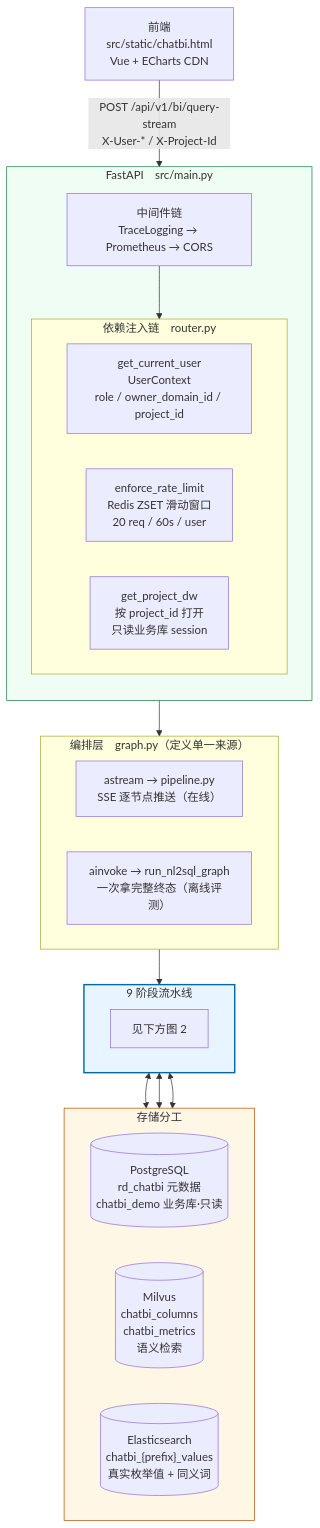
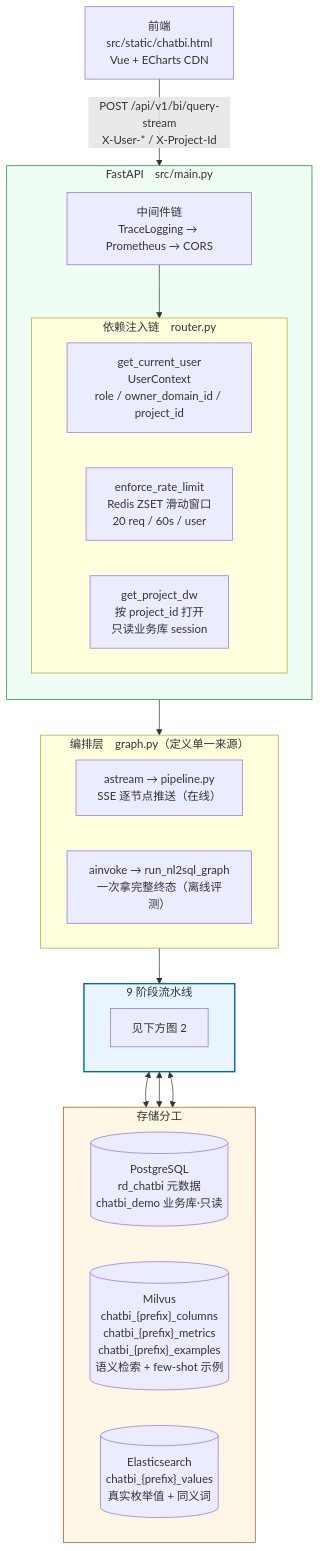
One commit to FCJ001/Rd-ChatBi changed the second of 5 diagrams in INTERVIEW.md. Above: the diagram before and after it, drawn with Mermaid. The commit also changed other lines of this file and 27 other files, not shown here.

````diff
--- a/INTERVIEW.md
+++ b/INTERVIEW.md
@@ -148,44 +148,44 @@
 ```mermaid
 flowchart TB
     FE["前端<br/>src/static/chatbi.html<br/>Vue + ECharts CDN"]
 
     subgraph API["FastAPI　src/main.py"]
         direction TB
         MW["中间件链<br/>TraceLogging → Prometheus → CORS"]
         subgraph DEPS["依赖注入链　router.py"]
             direction LR
             D1["get_current_user<br/>UserContext<br/>role / owner_domain_id / project_id"]
             D2["enforce_rate_limit<br/>Redis ZSET 滑动窗口<br/>20 req / 60s / user"]
             D3["get_project_dw<br/>按 project_id 打开<br/>只读业务库 session"]
         end
     end
 
     subgraph ORCH["编排层　graph.py（定义单一来源）"]
         direction LR
         A1["astream → pipeline.py<br/>SSE 逐节点推送（在线）"]
         A2["ainvoke → run_nl2sql_graph<br/>一次拿完整终态（离线评测）"]
     end
 
     subgraph PIPE["9 阶段流水线"]
         P["见下方图 2"]
     end
 
     subgraph STORE["存储分工"]
         direction LR
         S1[("PostgreSQL<br/>rd_chatbi 元数据<br/>chatbi_demo 业务库·只读")]
-        S2[("Milvus<br/>chatbi_columns<br/>chatbi_metrics<br/>语义检索")]
+        S2[("Milvus<br/>chatbi_{prefix}_columns<br/>chatbi_{prefix}_metrics<br/>chatbi_{prefix}_examples<br/>语义检索 + few-shot 示例")]
         S3[("Elasticsearch<br/>chatbi_{prefix}_values<br/>真实枚举值 + 同义词")]
     end
 
     FE -->|"POST /api/v1/bi/query-stream<br/>X-User-* / X-Project-Id"| MW
     MW --> DEPS
     DEPS --> ORCH
     ORCH --> PIPE
     PIPE <--> S1
     PIPE <--> S2
     PIPE <--> S3
 
     style PIPE fill:#e8f4ff,stroke:#0369a1,stroke-width:2px
     style STORE fill:#fff7e6,stroke:#b45309
     style API fill:#f0fdf4,stroke:#15803d
 ```
````
